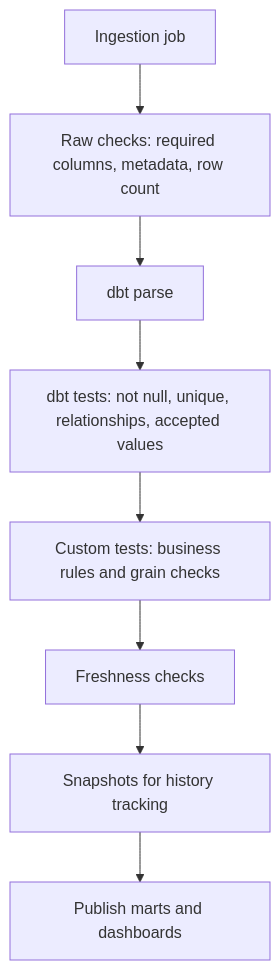
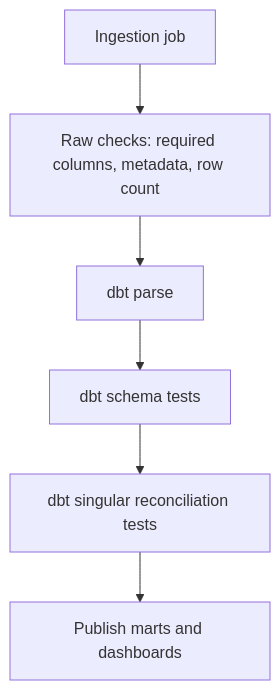
Before and after one commit to cchoooots98/marketplace-analytics-platform: the third of 3 diagrams in docs/architecture.md, drawn with Mermaid. The commit also changed other lines of this file and 6 other files, not shown here.

````diff
--- a/docs/architecture.md
+++ b/docs/architecture.md
@@ -178,19 +171,15 @@
 ```mermaid
 flowchart TB
     ingest["Ingestion job"]
     raw_checks["Raw checks: required columns, metadata, row count"]
     dbt_parse["dbt parse"]
-    dbt_tests["dbt tests: not null, unique, relationships, accepted values"]
-    custom_tests["Custom tests: business rules and grain checks"]
-    freshness["Freshness checks"]
-    snapshots["Snapshots for history tracking"]
+    dbt_tests["dbt schema tests"]
+    custom_tests["dbt singular reconciliation tests"]
     publish["Publish marts and dashboards"]
 
     ingest --> raw_checks
     raw_checks --> dbt_parse
     dbt_parse --> dbt_tests
     dbt_tests --> custom_tests
-    custom_tests --> freshness
-    freshness --> snapshots
-    snapshots --> publish
+    custom_tests --> publish
 ```
````
